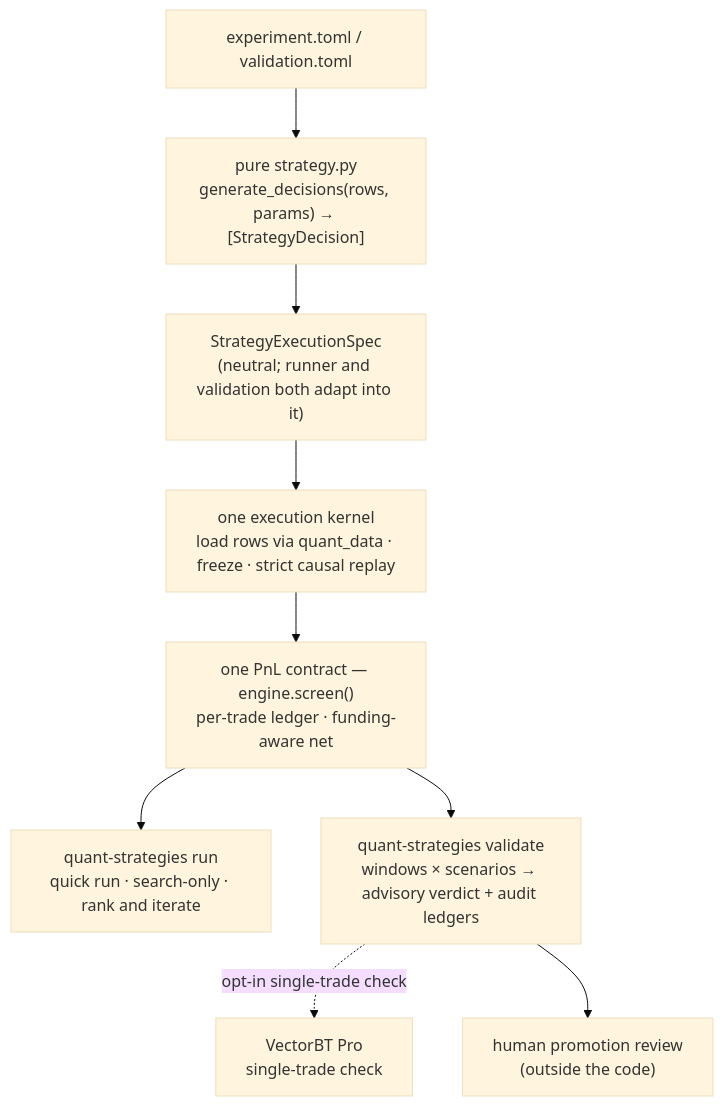
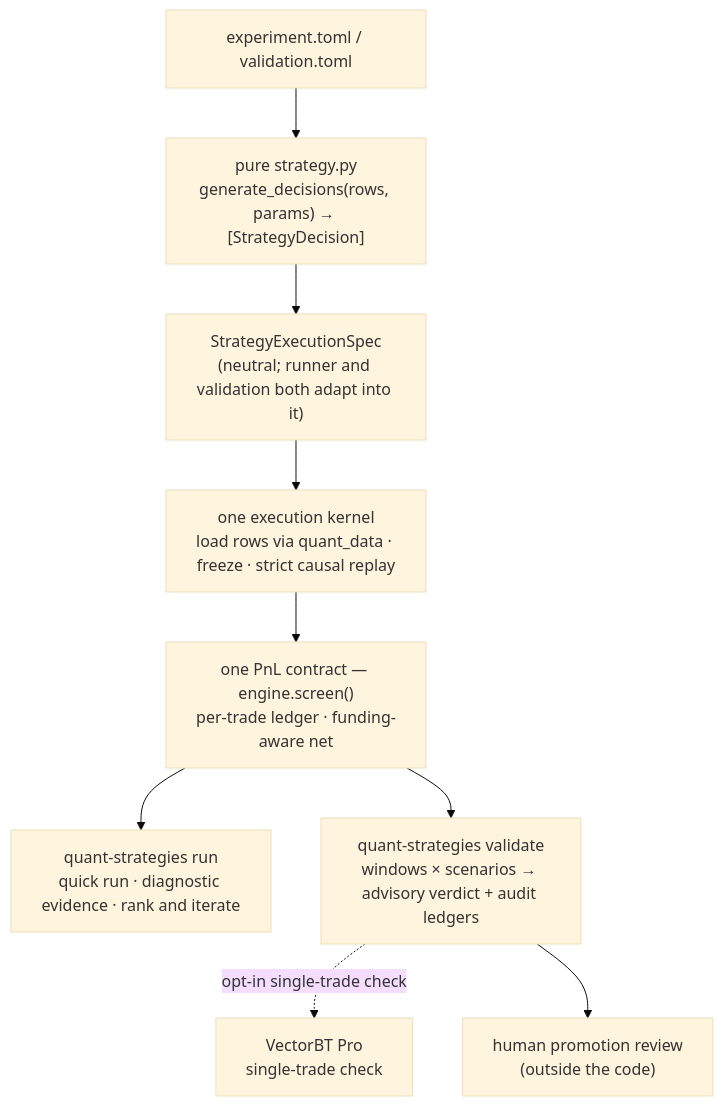
Before and after one commit to xxSeasonxx/quant_strategies: the diagram in README.md, drawn with Mermaid (base theme). The commit also changed other lines of this file and 1 other file, not shown here.

Commit message:
docs: remove stale replayability wording

````diff
--- a/README.md
+++ b/README.md
@@ -12,12 +12,12 @@
 ```mermaid
 flowchart TD
     cfg["experiment.toml / validation.toml"] --> strat
     strat["pure strategy.py<br/>generate_decisions(rows, params) → [StrategyDecision]"] --> spec
     spec["StrategyExecutionSpec<br/>(neutral; runner and validation both adapt into it)"] --> kernel
     kernel["one execution kernel<br/>load rows via quant_data · freeze · strict causal replay"] --> pnl
     pnl["one PnL contract — engine.screen()<br/>per-trade ledger · funding-aware net"]
-    pnl --> quick["quant-strategies run<br/>quick run · search-only · rank and iterate"]
+    pnl --> quick["quant-strategies run<br/>quick run · diagnostic evidence · rank and iterate"]
     pnl --> valid["quant-strategies validate<br/>windows × scenarios → advisory verdict + audit ledgers"]
     valid -. "opt-in single-trade check" .-> oracle["VectorBT Pro<br/>single-trade check"]
     valid --> human["human promotion review<br/>(outside the code)"]
 ```
````
